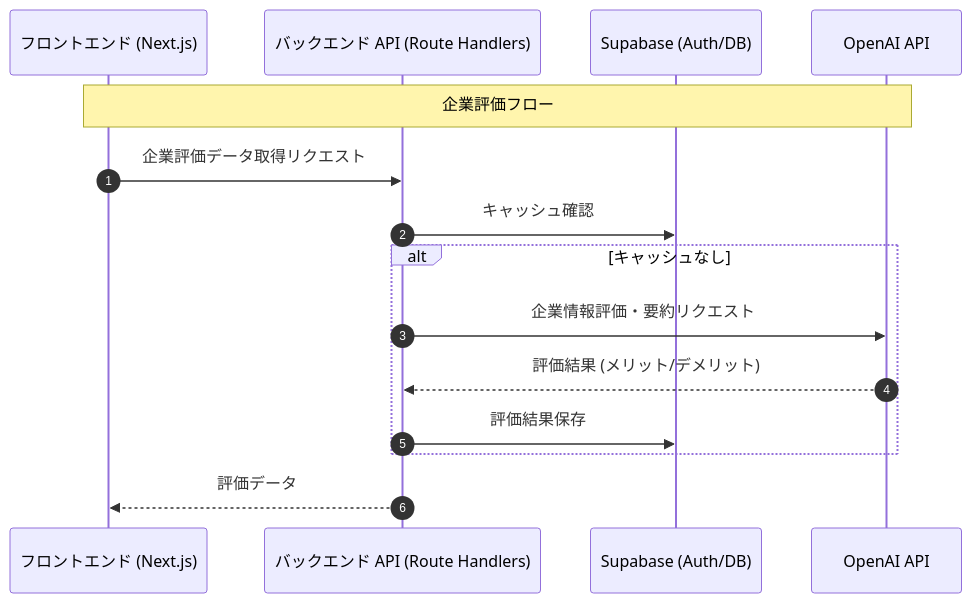
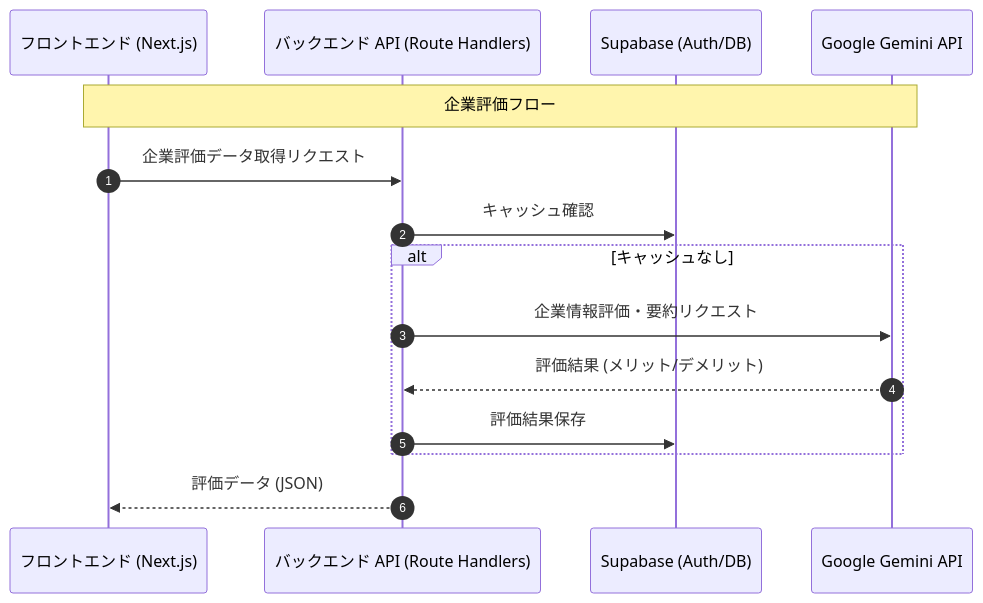
Before and after one commit to adgjmptwgw/job-scope: the diagram in docs/detail-design/api/04-companies.md, drawn with Mermaid. The commit also changed other lines of this file and 21 other files, not shown here.

````diff
--- a/docs/detail-design/api/04-companies.md
+++ b/docs/detail-design/api/04-companies.md
@@ -11,18 +11,18 @@
 ```mermaid
 sequenceDiagram
     autonumber
     participant Client as フロントエンド (Next.js)
     participant API as バックエンド API (Route Handlers)
     participant Supabase as Supabase (Auth/DB)
-    participant AI as OpenAI API
+    participant AI as Google Gemini API
 
     Note over Client, AI: 企業評価フロー
     Client->>API: 企業評価データ取得リクエスト
     API->>Supabase: キャッシュ確認
     alt キャッシュなし
         API->>AI: 企業情報評価・要約リクエスト
         AI-->>API: 評価結果 (メリット/デメリット)
         API->>Supabase: 評価結果保存
     end
-    API-->>Client: 評価データ
+    API-->>Client: 評価データ (JSON)
 ```
````
